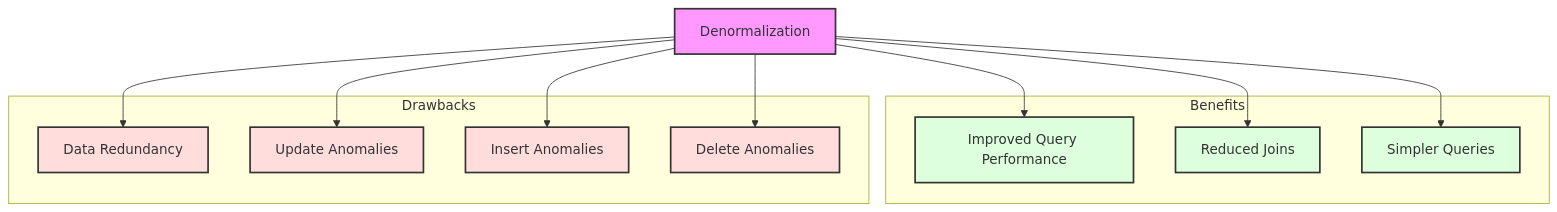
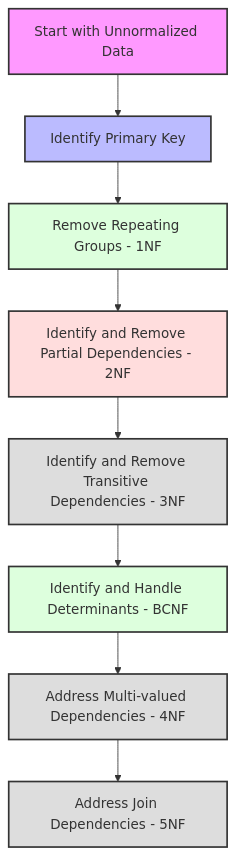
One commit to kivi98/study-buddy changed the third of 5 diagrams in docs/database-systems-and-administration/normalization.md. Above: the diagram before and after it, drawn with Mermaid. The commit also changed other lines of this file and 4 other files, not shown here.

````diff
--- a/docs/database-systems-and-administration/normalization.md
+++ b/docs/database-systems-and-administration/normalization.md
@@ -132,27 +551,19 @@
 ```mermaid
-graph TD
-    subgraph Benefits
-        A[Improved Query Performance]
-        B[Reduced Joins]
-        C[Simpler Queries]
-    end
+graph TB
+    A[Start with Unnormalized Data] --> B[Identify Primary Key]
+    B --> C[Remove Repeating Groups - 1NF]
+    C --> D[Identify and Remove Partial Dependencies - 2NF]
+    D --> E[Identify and Remove Transitive Dependencies - 3NF]
+    E --> F[Identify and Handle Determinants - BCNF]
+    F --> G[Address Multi-valued Dependencies - 4NF]
+    G --> H[Address Join Dependencies - 5NF]
     
-    subgraph Drawbacks
-        D[Data Redundancy]
-        E[Update Anomalies]
-        F[Insert Anomalies]
-        G[Delete Anomalies]
-    end
-    
-    H[Denormalization] --> A & B & C
-    H --> D & E & F & G
-    
-    style H fill:#f9f,stroke:#333,stroke-width:2px
-    style A fill:#dfd,stroke:#333,stroke-width:2px
-    style B fill:#dfd,stroke:#333,stroke-width:2px
+    style A fill:#f9f,stroke:#333,stroke-width:2px
+    style B fill:#bbf,stroke:#333,stroke-width:2px
     style C fill:#dfd,stroke:#333,stroke-width:2px
     style D fill:#fdd,stroke:#333,stroke-width:2px
-    style E fill:#fdd,stroke:#333,stroke-width:2px
-    style F fill:#fdd,stroke:#333,stroke-width:2px
-    style G fill:#fdd,stroke:#333,stroke-width:2px
+    style E fill:#ddd,stroke:#333,stroke-width:2px
+    style F fill:#dfd,stroke:#333,stroke-width:2px
+    style G fill:#ddd,stroke:#333,stroke-width:2px
+    style H fill:#ddd,stroke:#333,stroke-width:2px
 ```
````
